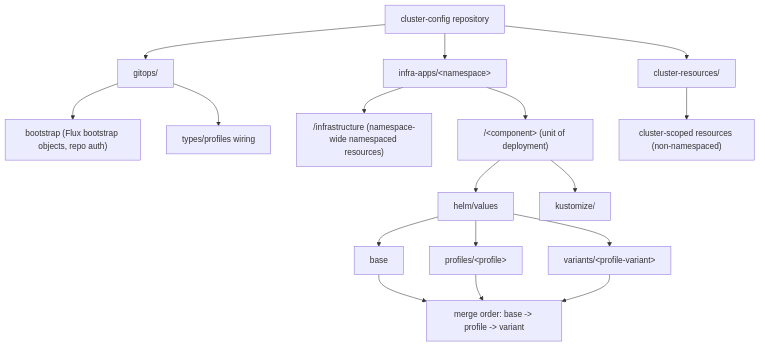
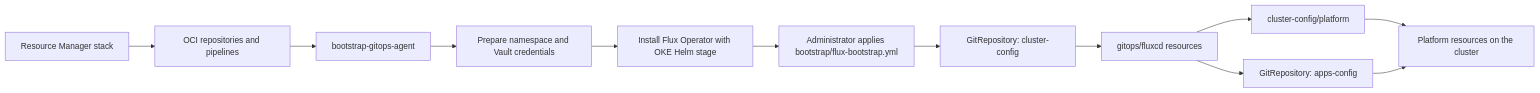
The diagram in oci-and-db/cloud-native/devops-and-containers/oke/oke-gitops/flux-solution.md (oracle-devrel/technology-engineering), drawn with Mermaid before and after one commit. The commit also changed other lines of this file and 567 other files, not shown here.

Commit message:
Release OKE GitOps 2.0.0

````diff
--- a/oci-and-db/cloud-native/devops-and-containers/oke/oke-gitops/flux-solution.md
+++ b/oci-and-db/cloud-native/devops-and-containers/oke/oke-gitops/flux-solution.md
@@ -152,25 +42,14 @@
 ```mermaid
-flowchart TD
-  A["cluster-config repository"] --> B["gitops/"]
-  A --> C["infra-apps/&lt;namespace&gt;"]
-  A --> D["cluster-resources/"]
-
-  B --> B1["bootstrap (Flux bootstrap objects, repo auth)"]
-  B --> B2["types/profiles wiring"]
-
-  C --> C1["/infrastructure (namespace-wide namespaced resources)"]
-  C --> C2["/&lt;component&gt; (unit of deployment)"]
-
-  C2 --> C3["helm/values"]
-  C2 --> C4["kustomize/"]
-
-  C3 --> E1["base"]
-  C3 --> E2["profiles/&lt;profile&gt;"]
-  C3 --> E3["variants/&lt;profile-variant&gt;"]
-
-  E1 --> F["merge order: base -> profile -> variant"]
-  E2 --> F
-  E3 --> F
-
-  D --> D1["cluster-scoped resources (non-namespaced)"]
+flowchart LR
+  S["Resource Manager stack"] --> R["OCI repositories and pipelines"]
+  R --> M["bootstrap-gitops-agent"]
+  M --> PREP["Prepare namespace and Vault credentials"]
+  PREP --> D["Install Flux Operator with OKE Helm stage"]
+  D --> B["Administrator applies bootstrap/flux-bootstrap.yml"]
+  B --> G["GitRepository: cluster-config"]
+  G --> F["gitops/fluxcd resources"]
+  F --> PLATFORM["cluster-config/platform"]
+  F --> A["GitRepository: apps-config"]
+  PLATFORM --> K["Platform resources on the cluster"]
+  A --> K
 ```
````
